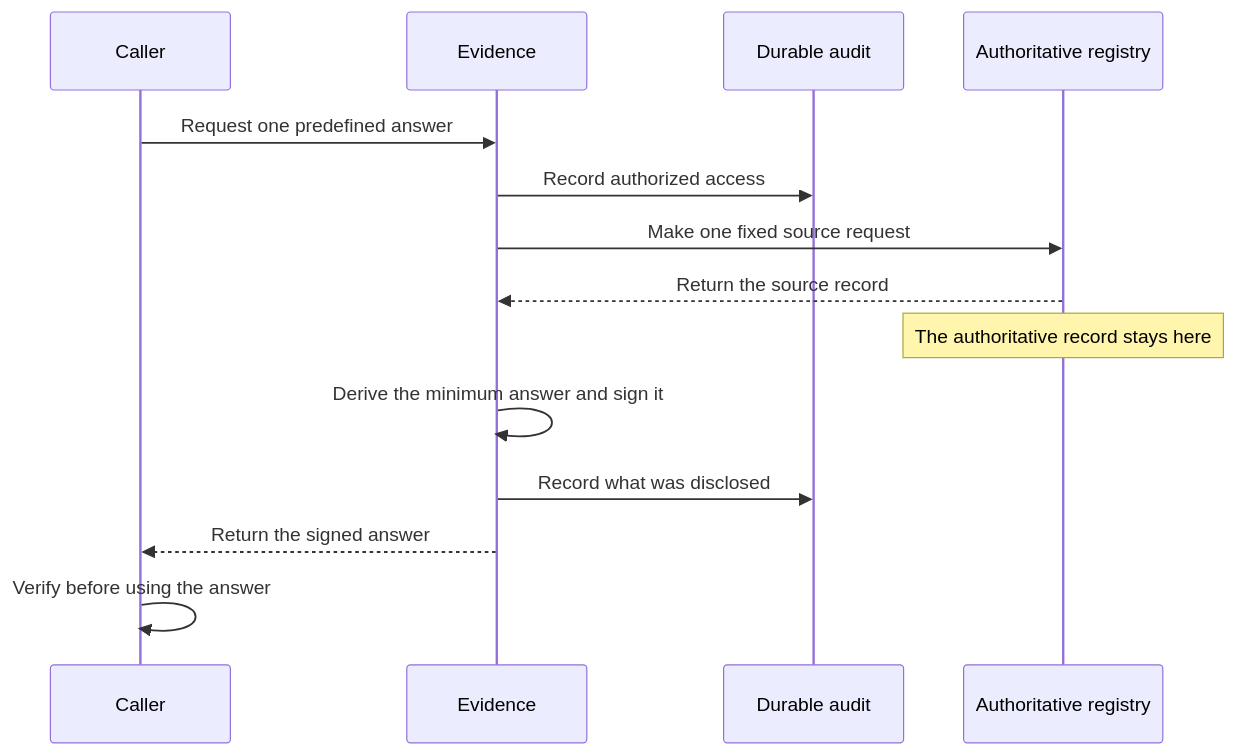
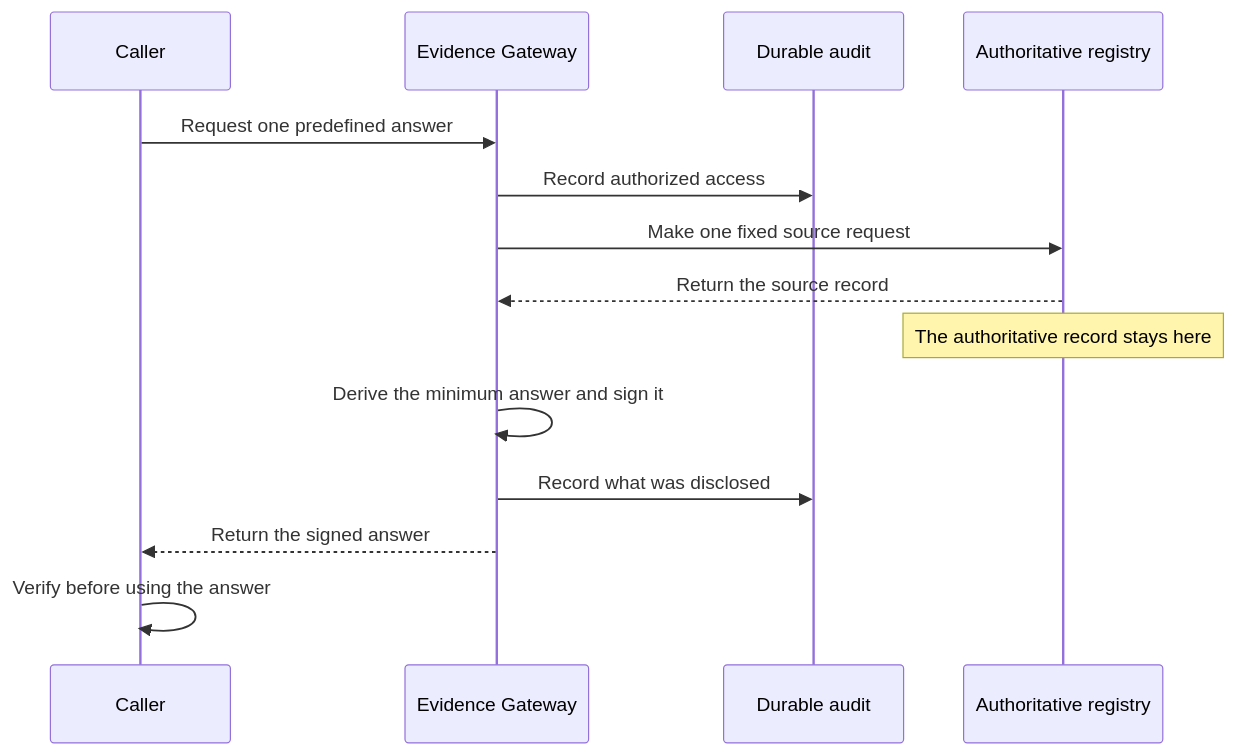
One commit to registrystack/registry-stack changed the diagram in docs/site/src/content/docs/start/evidence-quickstart.mdx. Above: the diagram before and after it, drawn with Mermaid. The commit also changed other lines of this file and 98 other files, not shown here.

Commit message:
docs(evidence): reorganize Evidence Gateway guidance

````diff
--- a/docs/site/src/content/docs/start/evidence-quickstart.mdx
+++ b/docs/site/src/content/docs/start/evidence-quickstart.mdx
@@ -18,17 +18,17 @@
 ```mermaid
 sequenceDiagram
     participant C as Caller
-    participant E as Evidence
+    participant E as Evidence Gateway
     participant A as Durable audit
     participant R as Authoritative registry
 
     C->>E: Request one predefined answer
     E->>A: Record authorized access
     E->>R: Make one fixed source request
     R-->>E: Return the source record
     Note over R: The authoritative record stays here
     E->>E: Derive the minimum answer and sign it
     E->>A: Record what was disclosed
     E-->>C: Return the signed answer
     C->>C: Verify before using the answer
 ```
````
